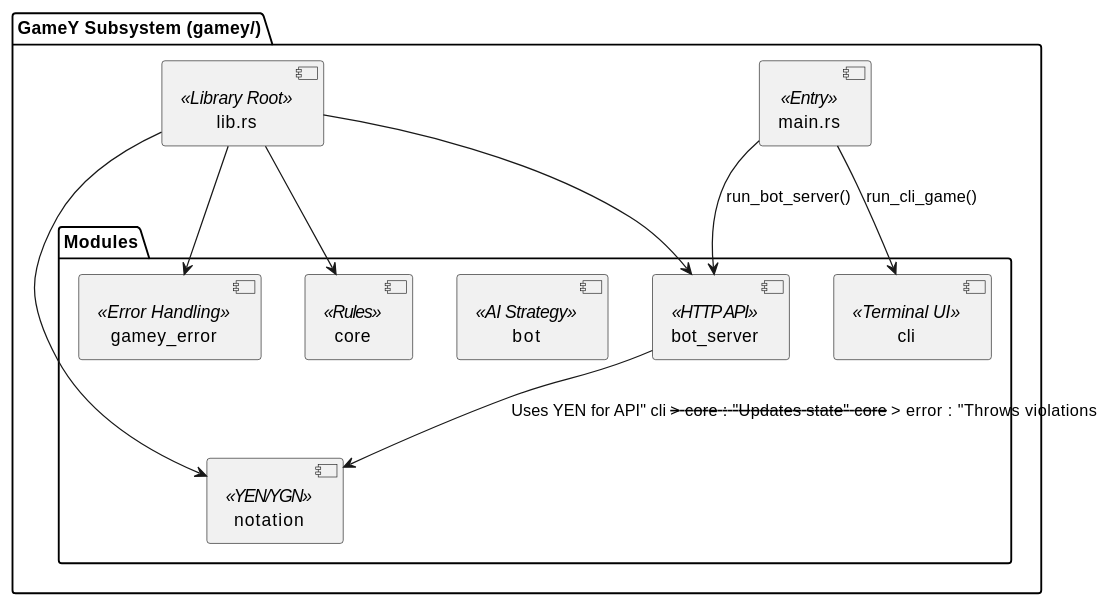
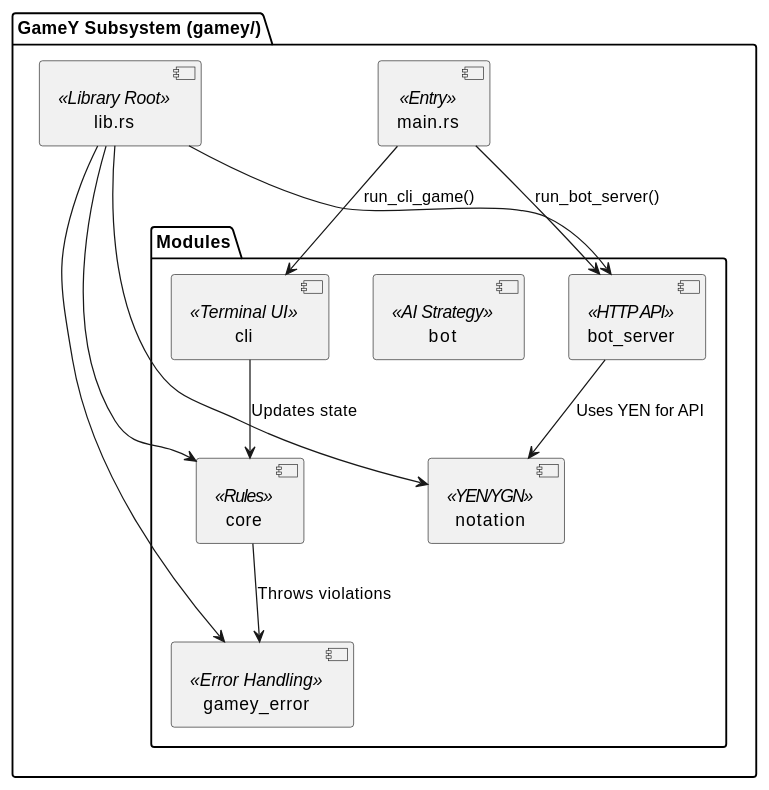
One commit to Arquisoft/yovi_en1a changed the third of 5 diagrams in docs/src/05_building_block_view.adoc. Above: the diagram before and after it, drawn with PlantUML. The commit also changed other lines of this file, not shown here.

```diff
--- a/docs/src/05_building_block_view.adoc
+++ b/docs/src/05_building_block_view.adoc
@@ -119,32 +120,34 @@
 [plantuml, gamey-level2, png]
 ----
 @startuml
 skinparam componentStyle uml2
 
 package "GameY Subsystem (gamey/)" {
 [main.rs] as main <<Entry>>
 [lib.rs] as lib <<Library Root>>
 
 package "Modules" {
     [core] as core <<Rules>>
     [bot_server] as server <<HTTP API>>
     [bot] as bot <<AI Strategy>>
     [notation] as notation <<YEN/YGN>>
     [cli] as cli <<Terminal UI>>
     [gamey_error] as error <<Error Handling>>
 }
 }
 
 ' Binary interactions
 main --> cli : "run_cli_game()"
 main --> server : "run_bot_server()"
 
 ' Library internal relationships
 lib --> core
 lib --> server
 lib --> notation
 lib --> error
 
-server --> notation : "Uses YEN for API" cli --> core : "Updates state" core --> error : "Throws violations" 
+server --> notation : "Uses YEN for API"
+cli --> core : "Updates state"
+core --> error : "Throws violations" 
 @enduml
 ----
```
